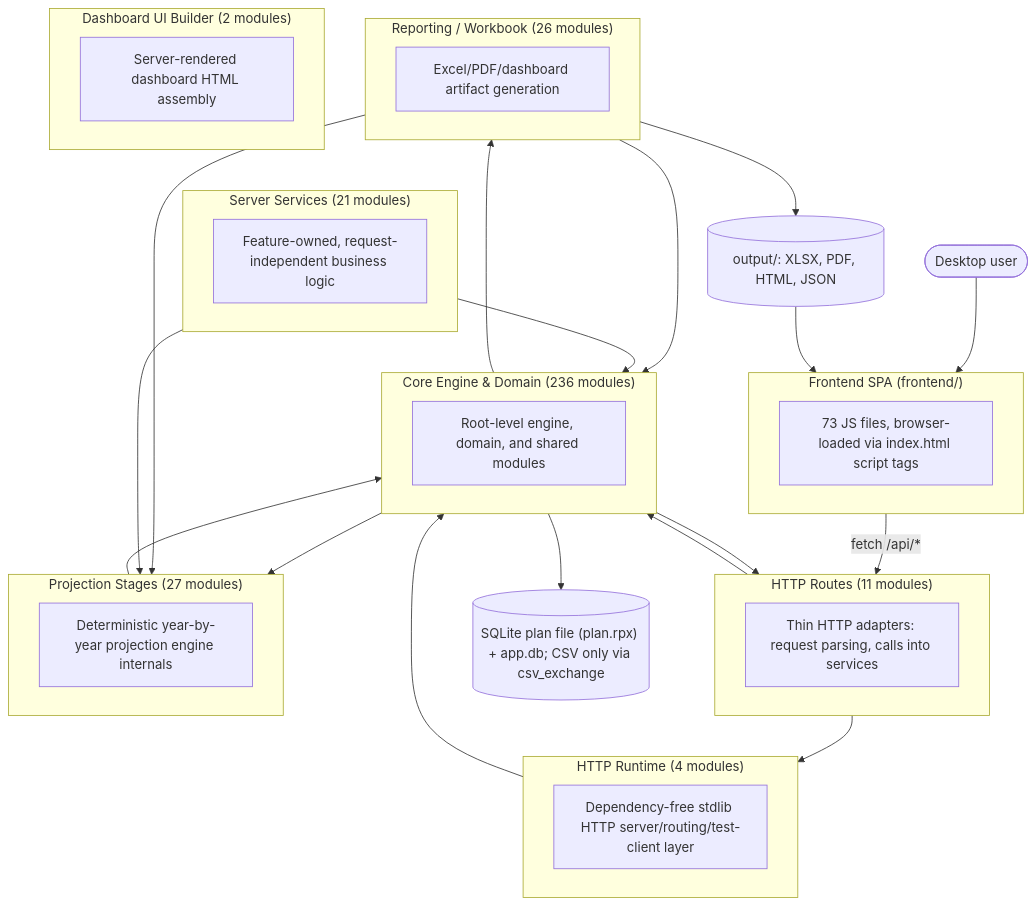
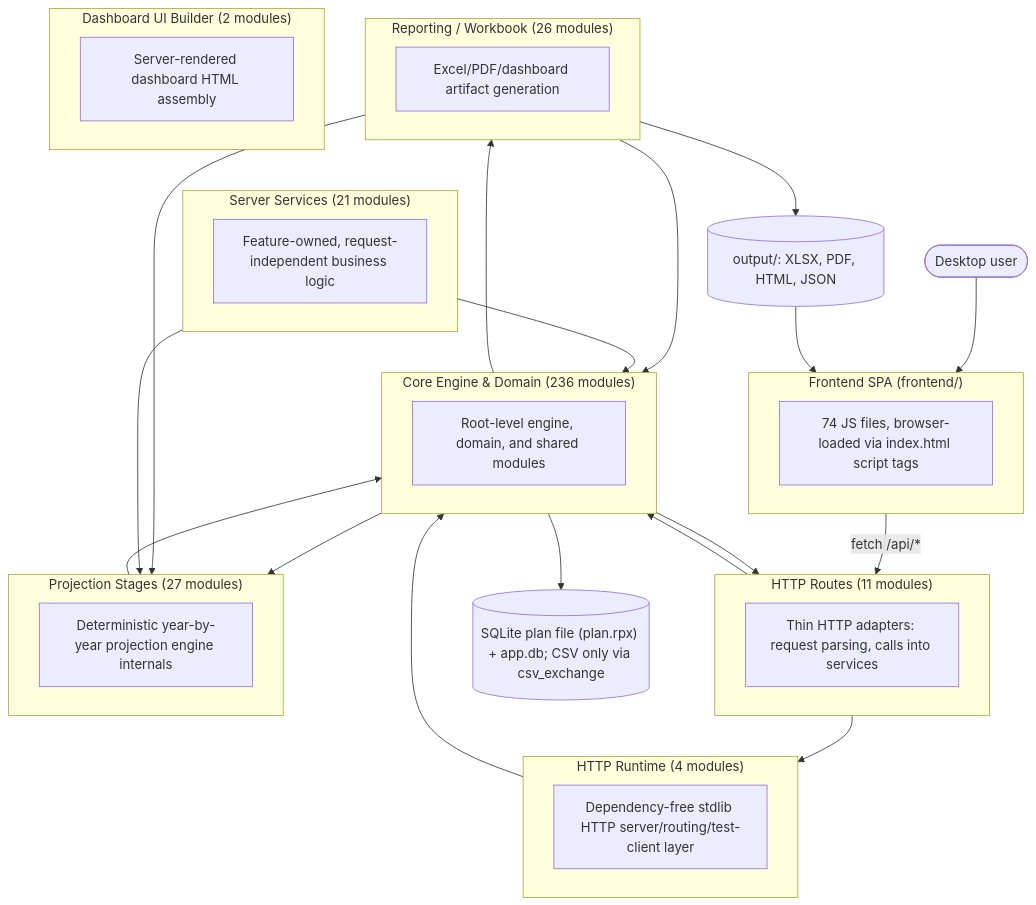
One commit to matthartzman/retirement_system changed the first of 2 diagrams in documentation/reference/SYSTEM_ARCHITECTURE_DIAGRAM.md. Above: the diagram before and after it, drawn with Mermaid. The commit also changed other lines of this file and 6 other files, not shown here.

````diff
--- a/documentation/reference/SYSTEM_ARCHITECTURE_DIAGRAM.md
+++ b/documentation/reference/SYSTEM_ARCHITECTURE_DIAGRAM.md
@@ -11,43 +11,43 @@
 ```mermaid
 flowchart TB
     User(["Desktop user"]) --> FE
     subgraph FE["Frontend SPA (frontend/)"]
-        FEcount["73 JS files, browser-loaded via index.html script tags"]
+        FEcount["74 JS files, browser-loaded via index.html script tags"]
     end
     FE -->|fetch /api/*| L_HTTP_Routes
     subgraph L_HTTP_Routes["HTTP Routes (11 modules)"]
         L_HTTP_Routes_d["Thin HTTP adapters: request parsing, calls into services"]
     end
     subgraph L_Server_Services["Server Services (21 modules)"]
         L_Server_Services_d["Feature-owned, request-independent business logic"]
     end
     subgraph L_HTTP_Runtime["HTTP Runtime (4 modules)"]
         L_HTTP_Runtime_d["Dependency-free stdlib HTTP server/routing/test-client layer"]
     end
     subgraph L_Core_Engine___Domain["Core Engine & Domain (236 modules)"]
         L_Core_Engine___Domain_d["Root-level engine, domain, and shared modules"]
     end
     subgraph L_Projection_Stages["Projection Stages (27 modules)"]
         L_Projection_Stages_d["Deterministic year-by-year projection engine internals"]
     end
     subgraph L_Reporting___Workbook["Reporting / Workbook (26 modules)"]
         L_Reporting___Workbook_d["Excel/PDF/dashboard artifact generation"]
     end
     subgraph L_Dashboard_UI_Builder["Dashboard UI Builder (2 modules)"]
         L_Dashboard_UI_Builder_d["Server-rendered dashboard HTML assembly"]
     end
     L_Core_Engine___Domain --> L_HTTP_Routes
     L_Core_Engine___Domain --> L_Projection_Stages
     L_Core_Engine___Domain --> L_Reporting___Workbook
     L_HTTP_Routes --> L_Core_Engine___Domain
     L_HTTP_Routes --> L_HTTP_Runtime
     L_HTTP_Runtime --> L_Core_Engine___Domain
     L_Projection_Stages --> L_Core_Engine___Domain
     L_Reporting___Workbook --> L_Core_Engine___Domain
     L_Reporting___Workbook --> L_Projection_Stages
     L_Server_Services --> L_Core_Engine___Domain
     L_Server_Services --> L_Projection_Stages
     L_Core_Engine___Domain --> DB[("SQLite plan file (plan.rpx) + app.db; CSV only via csv_exchange")]
     L_Reporting___Workbook --> Outputs[("output/: XLSX, PDF, HTML, JSON")]
     Outputs --> FE
 ```
````
